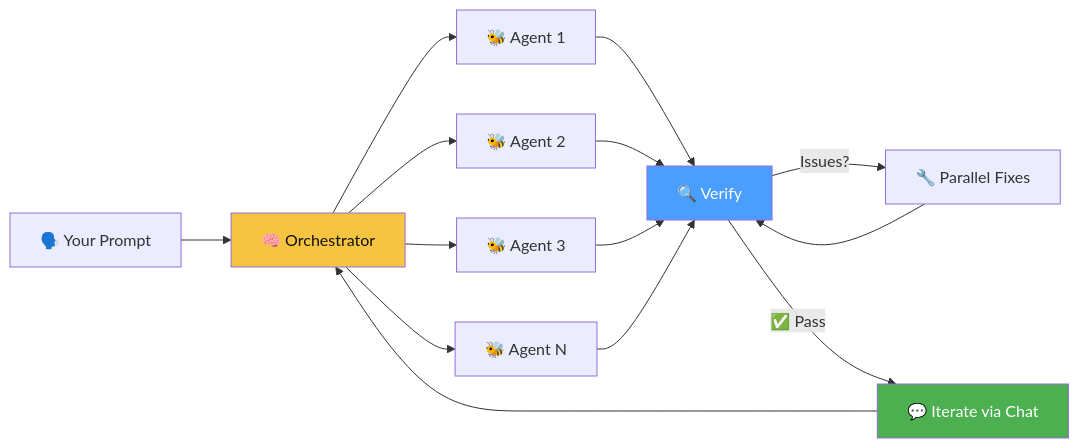
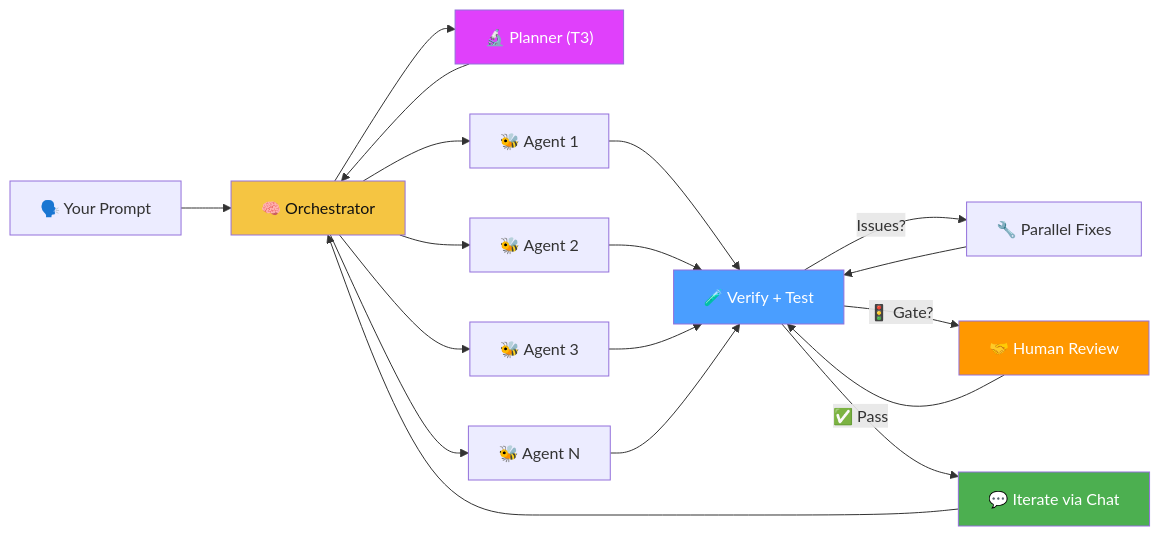
The first of 2 diagrams in README.md (MrUnreal/hAIvemind), drawn with Mermaid before and after one commit. The commit also changed other lines of this file and 38 other files, not shown here.

First line of the commit message:
feat: self-evolving hivemind — planner mode, test-driven verification, human-in-the-loop gates, streaming output, self-dev infrastructure

````diff
--- a/README.md
+++ b/README.md
@@ -23,20 +26,26 @@
 ```mermaid
 graph LR
   A["🗣️ Your Prompt"] --> B["🧠 Orchestrator"]
+  B --> P["🔬 Planner (T3)"]
+  P --> B
   B --> C["🐝 Agent 1"]
   B --> D["🐝 Agent 2"]
   B --> E["🐝 Agent 3"]
   B --> F["🐝 Agent N"]
-  C --> G["🔍 Verify"]
+  C --> G["🧪 Verify + Test"]
   D --> G
   E --> G
   F --> G
   G -->|"Issues?"| H["🔧 Parallel Fixes"]
   H --> G
+  G -->|"🚦 Gate?"| K["🤝 Human Review"]
+  K --> G
   G -->|"✅ Pass"| I["💬 Iterate via Chat"]
   I --> B
 
   style B fill:#f5c542,color:#111
+  style P fill:#e040fb,color:#fff
   style G fill:#4a9eff,color:#fff
+  style K fill:#ff9800,color:#fff
   style I fill:#4caf50,color:#fff
 ```
````
